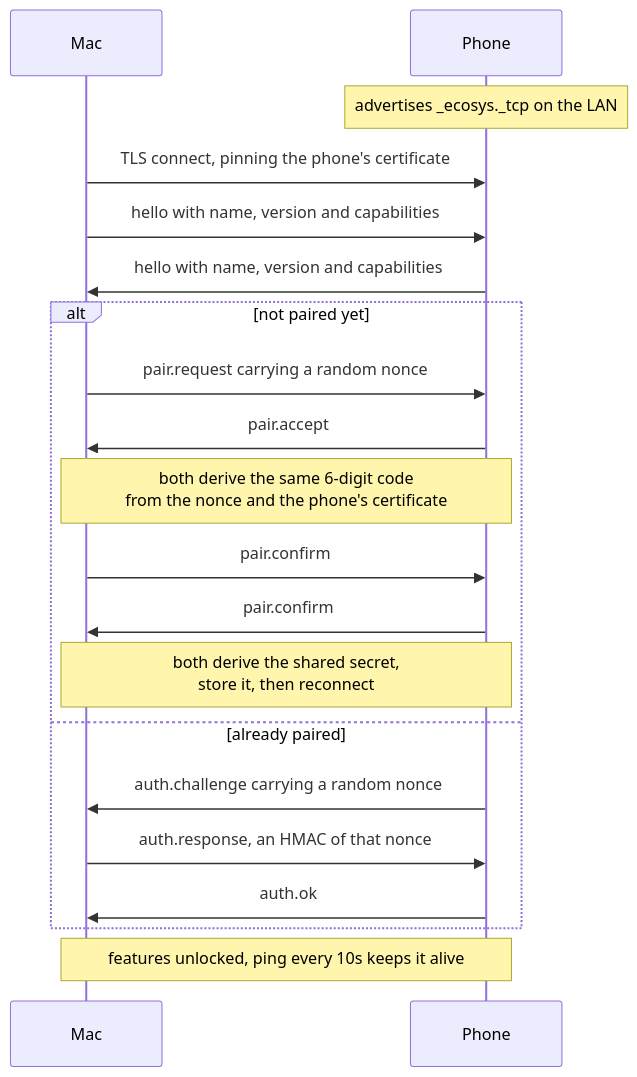
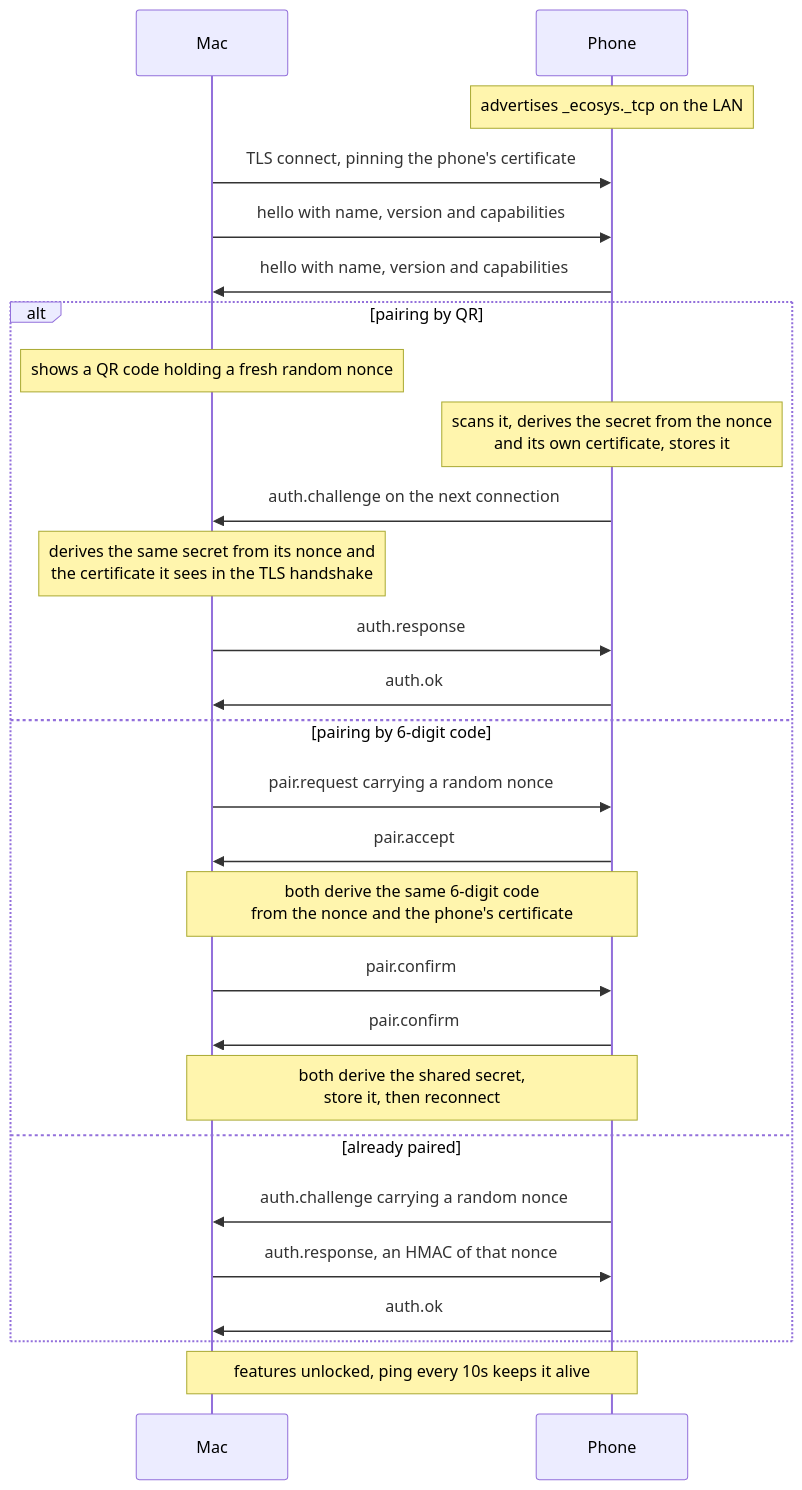
One commit to akramansari1433/ecosystem changed the second of 2 diagrams in docs/ARCHITECTURE.md. Above: the diagram before and after it, drawn with Mermaid. The commit also changed other lines of this file and 4 other files, not shown here.

````diff
--- a/docs/ARCHITECTURE.md
+++ b/docs/ARCHITECTURE.md
@@ -123,22 +160,29 @@
 ```mermaid
 sequenceDiagram
     participant M as Mac
     participant P as Phone
     Note over P: advertises _ecosys._tcp on the LAN
     M->>P: TLS connect, pinning the phone's certificate
     M->>P: hello with name, version and capabilities
     P->>M: hello with name, version and capabilities
-    alt not paired yet
+    alt pairing by QR
+        Note over M: shows a QR code holding a fresh random nonce
+        Note over P: scans it, derives the secret from the nonce<br/>and its own certificate, stores it
+        P->>M: auth.challenge on the next connection
+        Note over M: derives the same secret from its nonce and<br/>the certificate it sees in the TLS handshake
+        M->>P: auth.response
+        P->>M: auth.ok
+    else pairing by 6-digit code
         M->>P: pair.request carrying a random nonce
         P->>M: pair.accept
         Note over M,P: both derive the same 6-digit code<br/>from the nonce and the phone's certificate
         M->>P: pair.confirm
         P->>M: pair.confirm
         Note over M,P: both derive the shared secret,<br/>store it, then reconnect
     else already paired
         P->>M: auth.challenge carrying a random nonce
         M->>P: auth.response, an HMAC of that nonce
         P->>M: auth.ok
     end
     Note over M,P: features unlocked, ping every 10s keeps it alive
 ```
````
